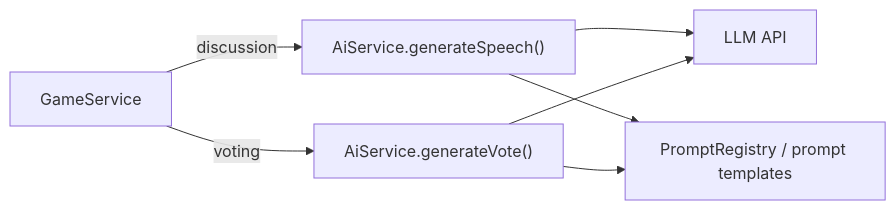
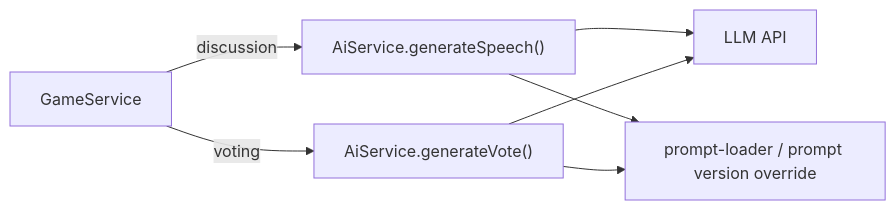
One commit to zhoutaoz99/who-is-the-ai changed the diagram in docs/gameplay/AI-Interaction-Flow.md. Above: the diagram before and after it, drawn with Mermaid. The commit also changed other lines of this file and 14 other files, not shown here.

````diff
--- a/docs/gameplay/AI-Interaction-Flow.md
+++ b/docs/gameplay/AI-Interaction-Flow.md
@@ -52,9 +52,9 @@
 ```mermaid
 flowchart LR
   GS["GameService"] -->|discussion| SPEECH["AiService.generateSpeech()"]
   GS -->|voting| VOTE["AiService.generateVote()"]
   SPEECH --> MODEL["LLM API"]
   VOTE --> MODEL
-  SPEECH --> PROMPTS["PromptRegistry / prompt templates"]
+  SPEECH --> PROMPTS["prompt-loader / prompt version override"]
   VOTE --> PROMPTS
 ```
````
